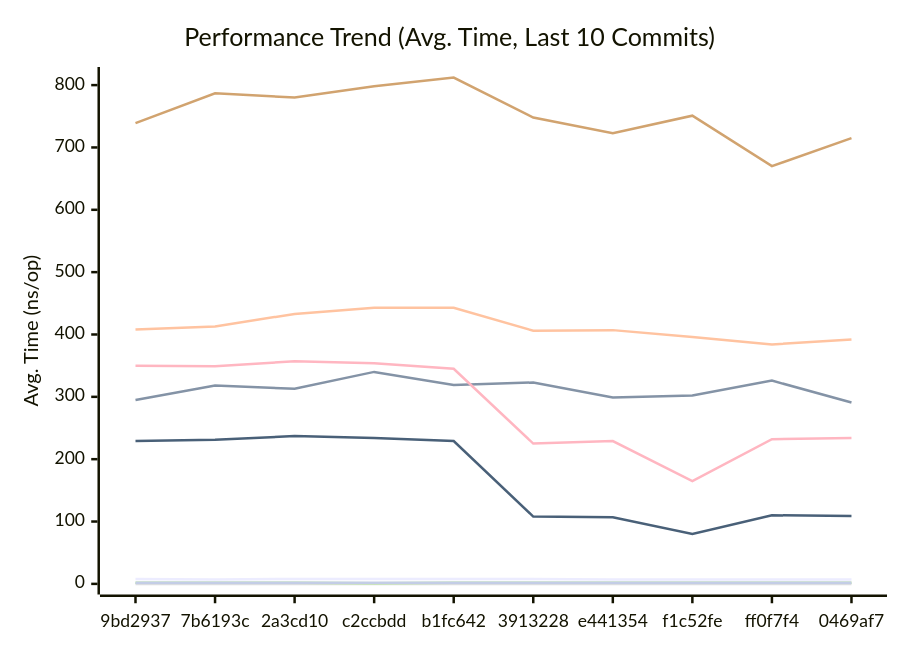
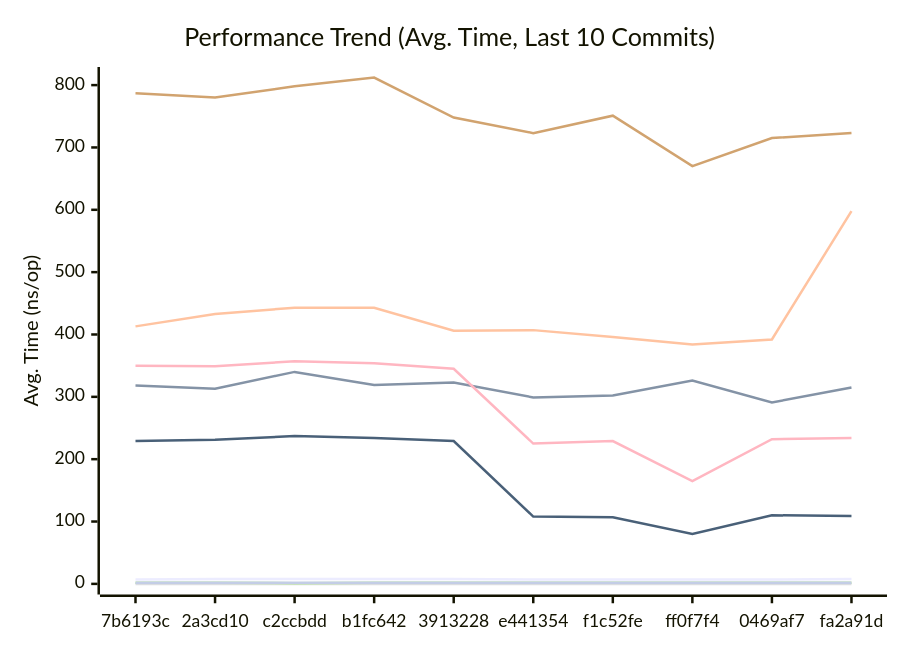
Before and after one commit to alsotoes/momo: the first of 3 diagrams in docs/PERFORMANCE.md, drawn with Mermaid. The commit also changed other lines of this file and 3 other files, not shown here.

````diff
--- a/docs/PERFORMANCE.md
+++ b/docs/PERFORMANCE.md
@@ -80,16 +80,16 @@
 ```mermaid
 xychart-beta
     title "Performance Trend (Avg. Time, Last 10 Commits)"
     x-axis "Commit"
     y-axis "Avg. Time (ns/op)"
-    x-axis [9bd2937,7b6193c,2a3cd10,c2ccbdd,b1fc642,3913228,e441354,f1c52fe,ff0f7f4,0469af7]
-    line "CheckMetricsAndSwap" [8,7,8,8,8,8,7,7,7,7]
-    line "CrushOptimized" [295,318,313,340,319,323,299,302,326,291]
-    line "CrushOriginal" [408,413,433,443,443,406,407,396,384,392]
+    x-axis [7b6193c,2a3cd10,c2ccbdd,b1fc642,3913228,e441354,f1c52fe,ff0f7f4,0469af7,fa2a91d]
+    line "CheckMetricsAndSwap" [7,8,8,8,8,7,7,7,7,8]
+    line "CrushOptimized" [318,313,340,319,323,299,302,326,291,315]
+    line "CrushOriginal" [413,433,443,443,406,407,396,384,392,598]
     line "IndexDirectTracking" [0,0,0,0,0,0,0,0,0,0]
-    line "IndexSearch" [2,2,2,1,2,2,2,2,2,2]
-    line "LoadGlobalConfig" [739,787,780,798,812,748,723,751,670,715]
+    line "IndexSearch" [2,2,1,2,2,2,2,2,2,2]
+    line "LoadGlobalConfig" [787,780,798,812,748,723,751,670,715,723]
     line "PadString" [2,2,2,2,2,2,2,2,2,2]
     line "ParseReplicationOrder_NoPrealloc" [350,349,357,354,345,225,229,165,232,234]
     line "ParseReplicationOrder_Prealloc" [229,231,237,234,229,108,107,80,110,109]
 ```
````
